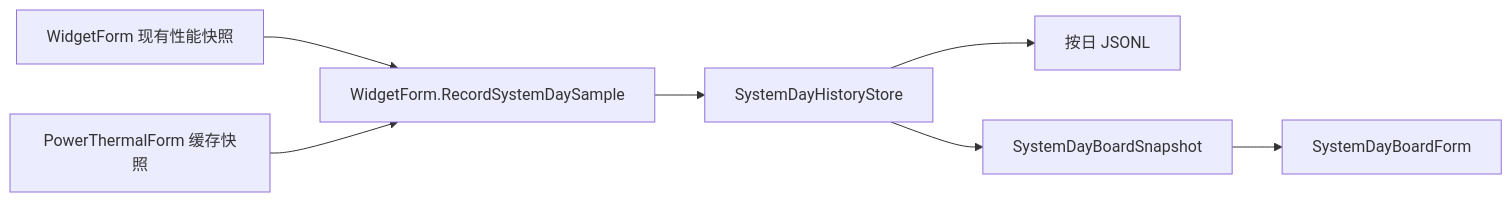
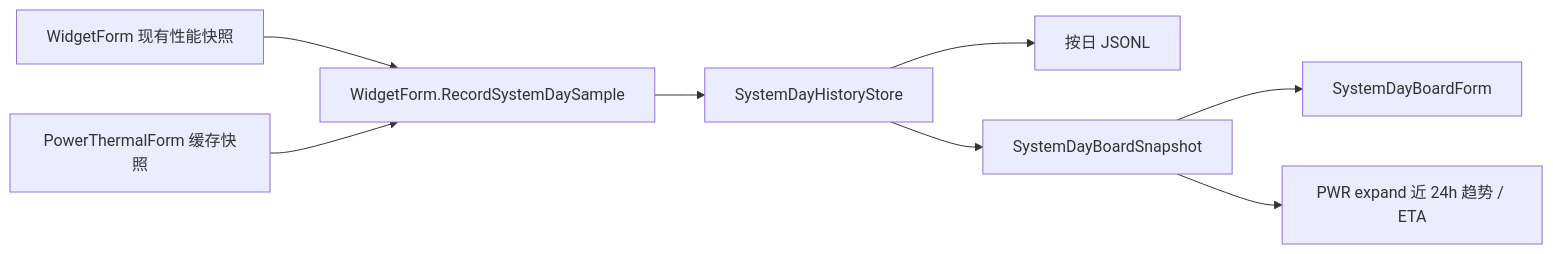
One commit to AFT-Sakee01/DesktopCodexAssistant changed the diagram in Docs/SystemDayBoard-Architecture.md. Above: the diagram before and after it, drawn with Mermaid. The commit also changed other lines of this file and 16 other files, not shown here.

````diff
--- a/Docs/SystemDayBoard-Architecture.md
+++ b/Docs/SystemDayBoard-Architecture.md
@@ -22,9 +22,10 @@
 ```mermaid
 flowchart LR
     A["WidgetForm 现有性能快照"] --> C["WidgetForm.RecordSystemDaySample"]
     B["PowerThermalForm 缓存快照"] --> C
     C --> D["SystemDayHistoryStore"]
     D --> E["按日 JSONL"]
     D --> F["SystemDayBoardSnapshot"]
     F --> G["SystemDayBoardForm"]
+    F --> H["PWR expand 近 24h 趋势 / ETA"]
 ```
````
